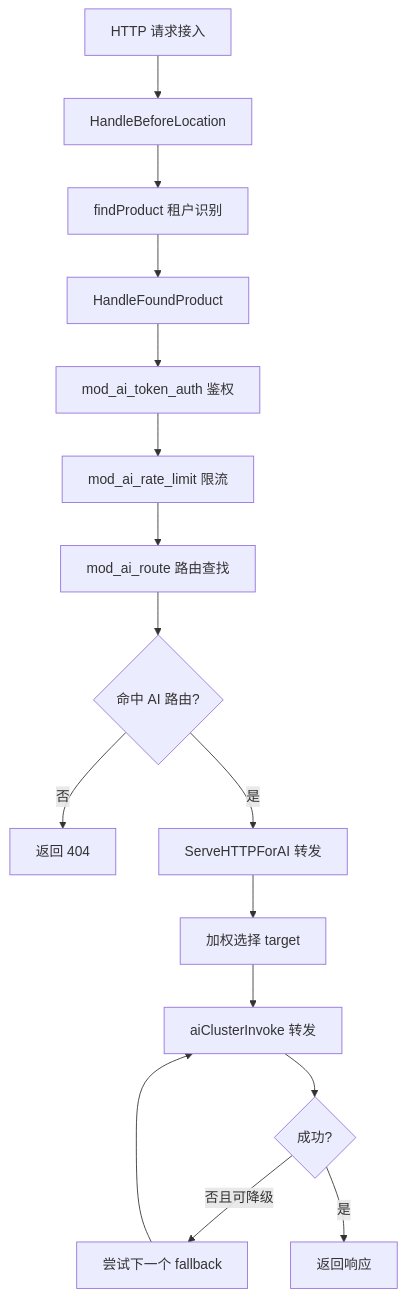
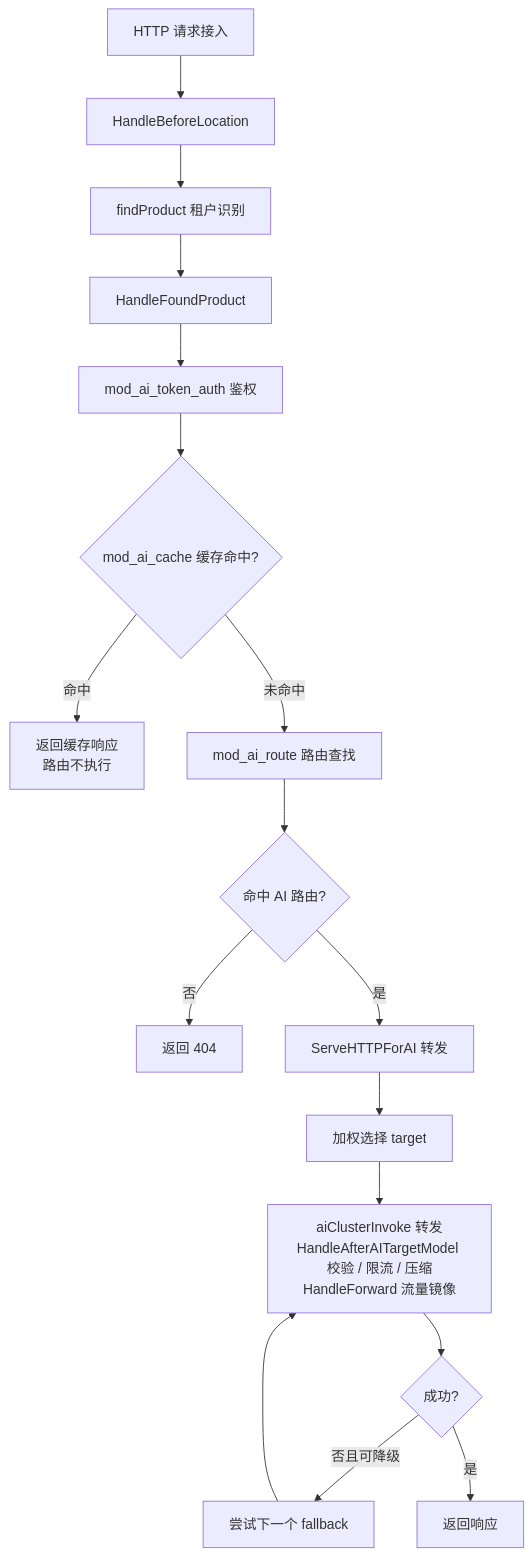
Before and after one commit to mileszhang2016/rainway-book: the first of 2 diagrams in implementation/chapter31-mod-ai-route.md, drawn with Mermaid. The commit also changed other lines of this file and 47 other files, not shown here.

````diff
--- a/implementation/chapter31-mod-ai-route.md
+++ b/implementation/chapter31-mod-ai-route.md
@@ -762,18 +798,19 @@
 ```mermaid
 flowchart TD
     A[HTTP 请求接入] --> B[HandleBeforeLocation]
     B --> C[findProduct 租户识别]
     C --> D[HandleFoundProduct]
     D --> E[mod_ai_token_auth 鉴权]
-    E --> F[mod_ai_rate_limit 限流]
-    F --> G[mod_ai_route 路由查找]
+    E --> CH{mod_ai_cache 缓存命中?}
+    CH -->|命中| HIT[返回缓存响应<br/>路由不执行]
+    CH -->|未命中| G[mod_ai_route 路由查找]
     G --> H{命中 AI 路由?}
     H -->|否| I[返回 404]
     H -->|是| J[ServeHTTPForAI 转发]
     J --> K[加权选择 target]
-    K --> L[aiClusterInvoke 转发]
+    K --> L[aiClusterInvoke 转发<br/>HandleAfterAITargetModel 校验 / 限流 / 压缩<br/>HandleForward 流量镜像]
     L --> M{成功?}
     M -->|否且可降级| N[尝试下一个 fallback]
     N --> L
     M -->|是| O[返回响应]
 ```
````
